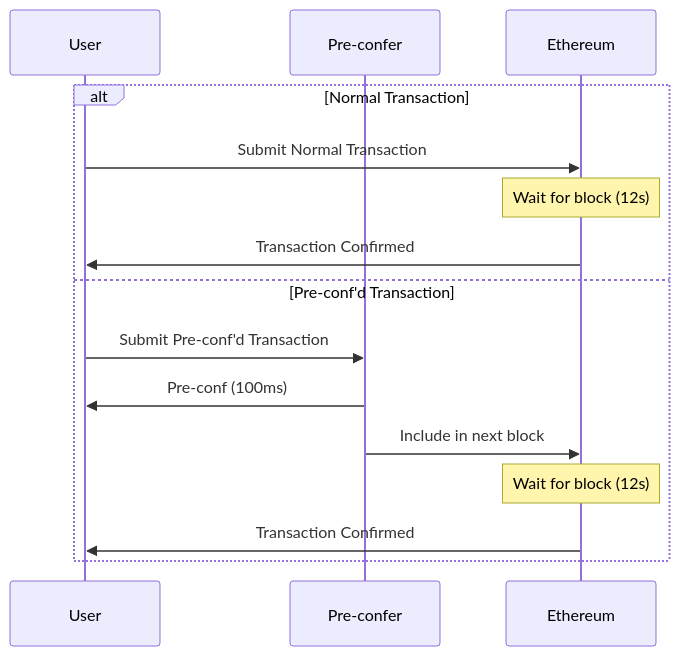
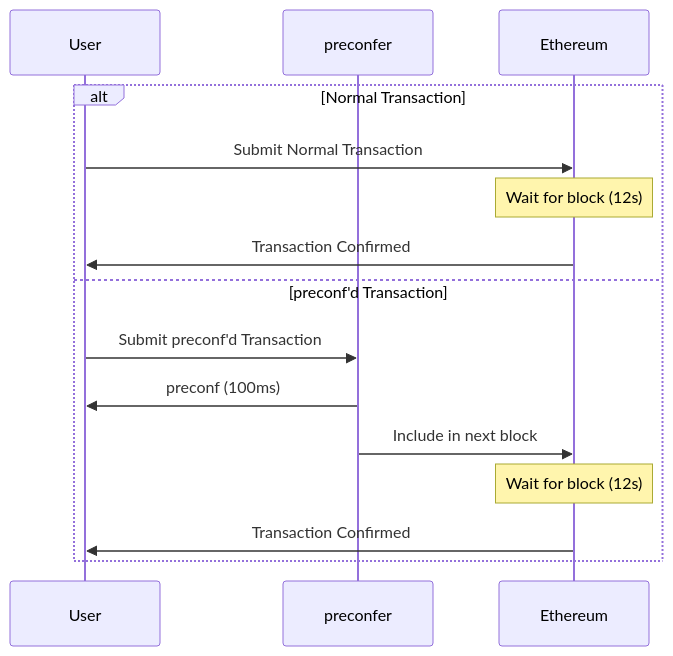
One commit to PufferFinance/UniFi changed the first of 2 diagrams in l1-contracts/docs/overview.md. Above: the diagram before and after it, drawn with Mermaid. The commit also changed other lines of this file and 3 other files, not shown here.

Commit message:
Add an sequence diagrams and updated system interactions diagram to architecture page

````diff
--- a/l1-contracts/docs/overview.md
+++ b/l1-contracts/docs/overview.md
@@ -24,19 +24,19 @@
 ```mermaid
 sequenceDiagram
     participant User
-    participant Pre-confer
+    participant preconfer
     participant Ethereum
 
     alt Normal Transaction
         User->>Ethereum: Submit Normal Transaction
         Note over Ethereum: Wait for block (12s)
         Ethereum->>User: Transaction Confirmed
 
-    else Pre-conf'd Transaction
-        User->>Pre-confer: Submit Pre-conf'd Transaction
-        Pre-confer->>User: Pre-conf (100ms)
-        Pre-confer->>Ethereum: Include in next block
+    else preconf'd Transaction
+        User->>preconfer: Submit preconf'd Transaction
+        preconfer->>User: preconf (100ms)
+        preconfer->>Ethereum: Include in next block
         Note over Ethereum: Wait for block (12s)
         Ethereum->>User: Transaction Confirmed
     end
 ```
````
